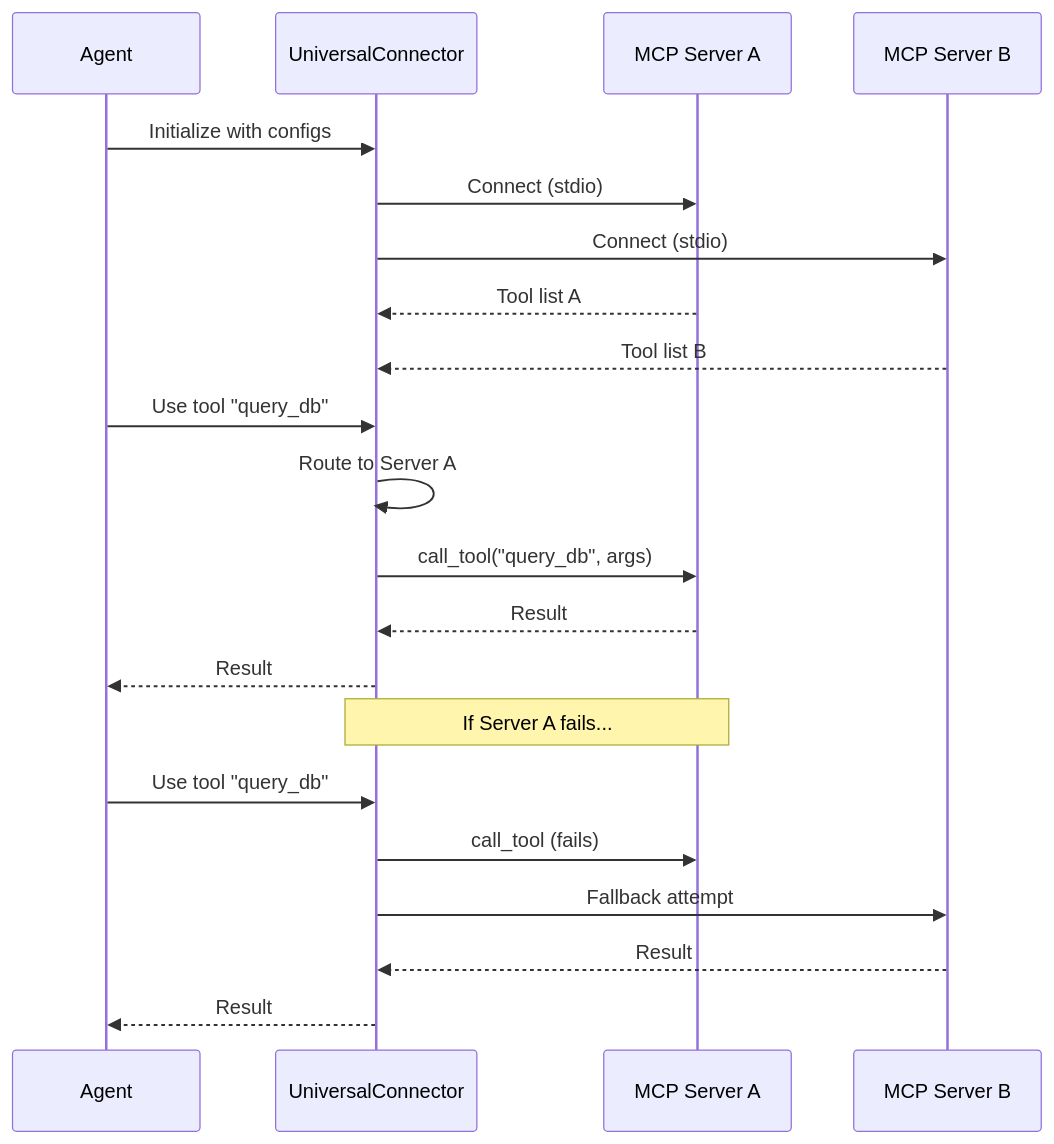
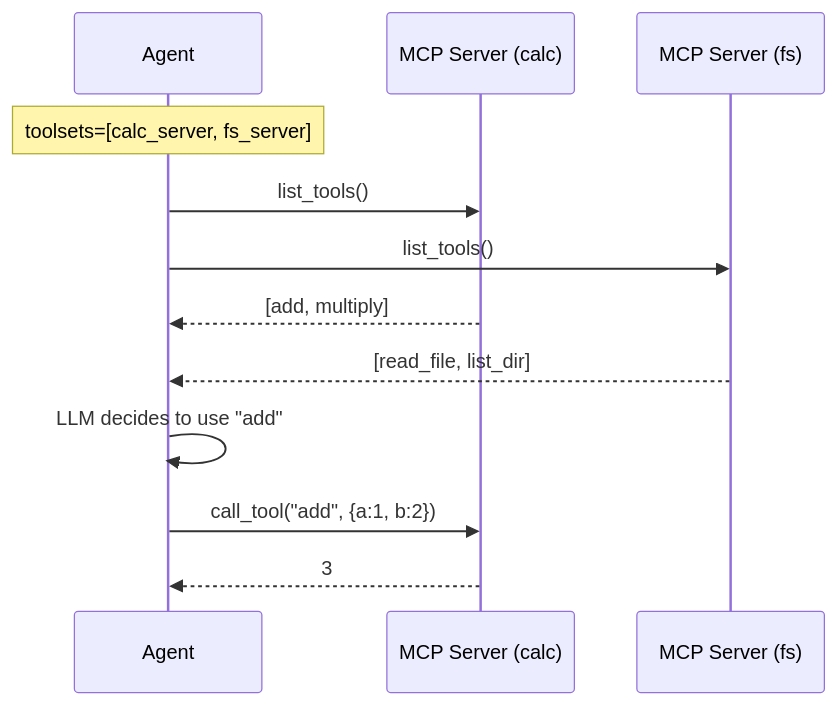
The diagram in dev/specs/missing-patterns/spec-10-universal-connector.md (runyaga/agentic-patterns-book), drawn with Mermaid before and after one commit. The commit also changed other lines of this file, not shown here.

First line of the commit message:
docs(spec-10): simplify MCP spec to use native pydantic-ai support

````diff
--- a/dev/specs/missing-patterns/spec-10-universal-connector.md
+++ b/dev/specs/missing-patterns/spec-10-universal-connector.md
@@ -47,26 +57,16 @@
 ```mermaid
 sequenceDiagram
     participant Agent
-    participant Connector as UniversalConnector
-    participant Server1 as MCP Server A
-    participant Server2 as MCP Server B
+    participant Server1 as MCP Server (calc)
+    participant Server2 as MCP Server (fs)
 
-    Agent->>Connector: Initialize with configs
-    Connector->>Server1: Connect (stdio)
-    Connector->>Server2: Connect (stdio)
-    Server1-->>Connector: Tool list A
-    Server2-->>Connector: Tool list B
+    Note over Agent: toolsets=[calc_server, fs_server]
+    Agent->>Server1: list_tools()
+    Agent->>Server2: list_tools()
+    Server1-->>Agent: [add, multiply]
+    Server2-->>Agent: [read_file, list_dir]
 
-    Agent->>Connector: Use tool "query_db"
-    Connector->>Connector: Route to Server A
-    Connector->>Server1: call_tool("query_db", args)
-    Server1-->>Connector: Result
-    Connector-->>Agent: Result
-
-    Note over Connector,Server1: If Server A fails...
-    Agent->>Connector: Use tool "query_db"
-    Connector->>Server1: call_tool (fails)
-    Connector->>Server2: Fallback attempt
-    Server2-->>Connector: Result
-    Connector-->>Agent: Result
+    Agent->>Agent: LLM decides to use "add"
+    Agent->>Server1: call_tool("add", {a:1, b:2})
+    Server1-->>Agent: 3
 ```
````
